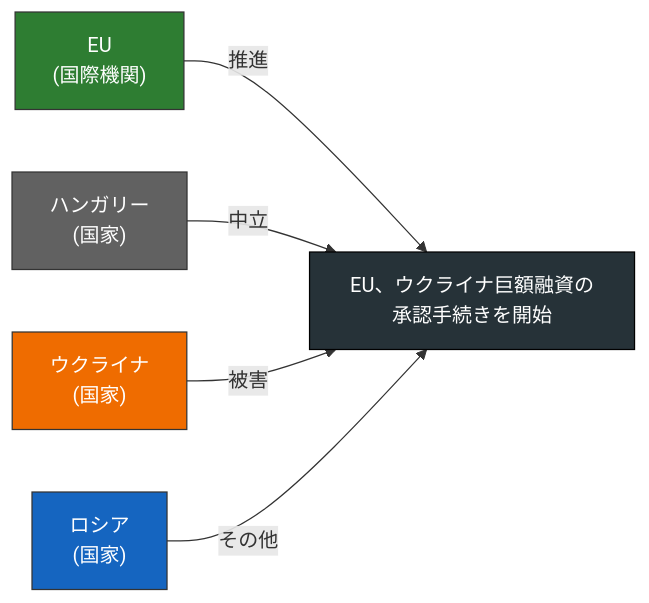
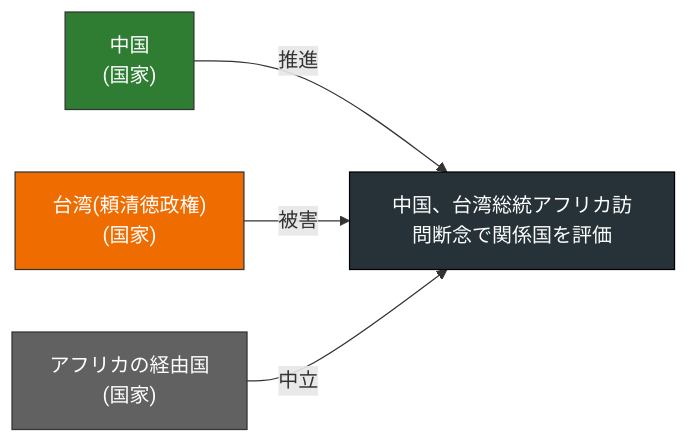
Before and after one commit to YUUUyutaro/tiseigaku: the seventh of 20 diagrams in docs/reports/2026-04-23.md, drawn with Mermaid. The commit also changed other lines of this file and 3 other files, not shown here.

````diff
--- a/docs/reports/2026-04-23.md
+++ b/docs/reports/2026-04-23.md
@@ -139,17 +136,14 @@
 ```mermaid
 flowchart LR
-  T["EU、ウクライナ巨額融資の承認手続きを開始"]
-  A0["EU\n(国際機関)"]
+  T["中国、台湾総統アフリカ訪問断念で関係国を評価"]
+  A0["中国\n(国家)"]
   A0 -- 推進 --> T
   style A0 fill:#2e7d32,color:#fff,stroke:#333
-  A1["ハンガリー\n(国家)"]
-  A1 -- 中立 --> T
-  style A1 fill:#616161,color:#fff,stroke:#333
-  A2["ウクライナ\n(国家)"]
-  A2 -- 被害 --> T
-  style A2 fill:#ef6c00,color:#fff,stroke:#333
-  A3["ロシア\n(国家)"]
-  A3 -- その他 --> T
-  style A3 fill:#1565c0,color:#fff,stroke:#333
+  A1["台湾(頼清徳政権)\n(国家)"]
+  A1 -- 被害 --> T
+  style A1 fill:#ef6c00,color:#fff,stroke:#333
+  A2["アフリカの経由国\n(国家)"]
+  A2 -- 中立 --> T
+  style A2 fill:#616161,color:#fff,stroke:#333
   style T fill:#263238,color:#fff,stroke:#000
 ```
````
